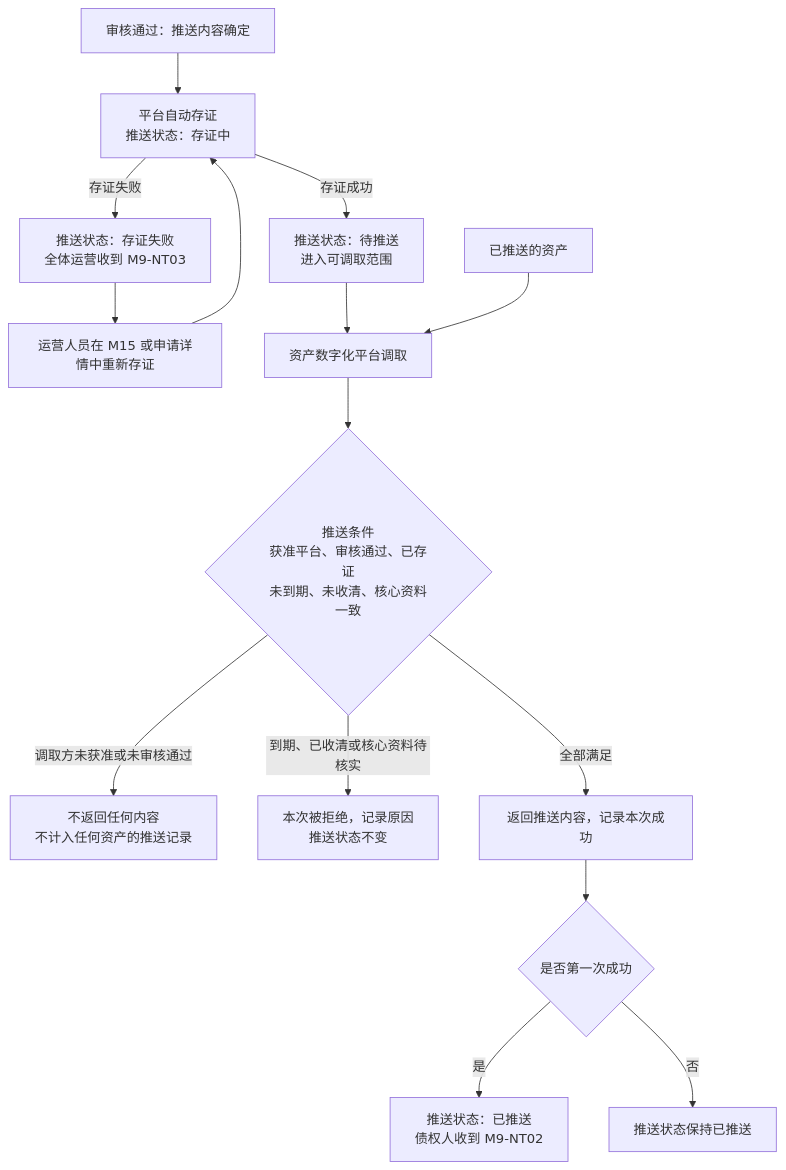
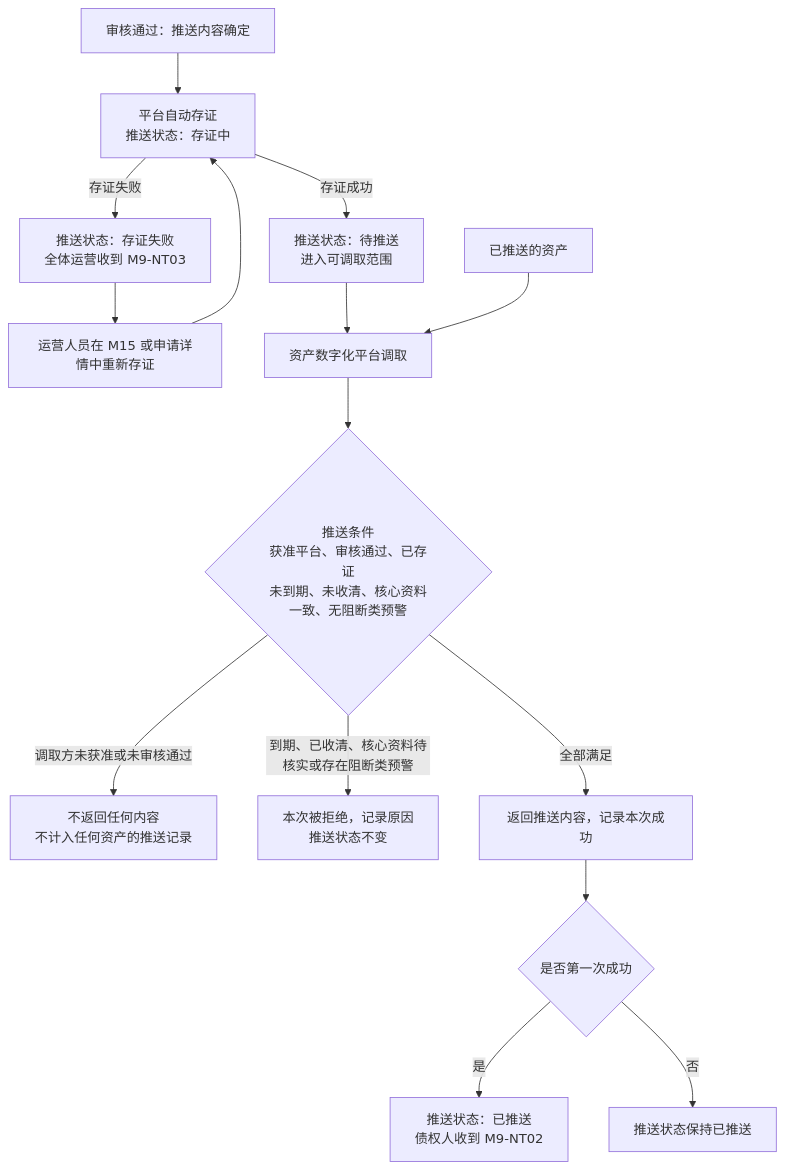
Before and after one commit to wxblockchain/Chain-Financing: the third of 5 diagrams in asset-trust-platform/PRD/运营端/M9-运营审核与资产推送/02-运营审核与资产推送-流程图与状态机.md, drawn with Mermaid. The commit also changed other lines of this file and 16 other files, not shown here.

````diff
--- a/asset-trust-platform/PRD/运营端/M9-运营审核与资产推送/02-运营审核与资产推送-流程图与状态机.md
+++ b/asset-trust-platform/PRD/运营端/M9-运营审核与资产推送/02-运营审核与资产推送-流程图与状态机.md
@@ -63,17 +64,17 @@
 ```mermaid
 flowchart TD
     A[审核通过：推送内容确定] --> B[平台自动存证<br/>推送状态：存证中]
     B -->|存证成功| C[推送状态：待推送<br/>进入可调取范围]
     B -->|存证失败| X[推送状态：存证失败<br/>全体运营收到 M9-NT03]
     X --> R[运营人员在 M15 或申请详情中重新存证]
     R --> B
     C --> Q[资产数字化平台调取]
     P[已推送的资产] --> Q
-    Q --> J{推送条件<br/>获准平台、审核通过、已存证<br/>未到期、未收清、核心资料一致}
+    Q --> J{推送条件<br/>获准平台、审核通过、已存证<br/>未到期、未收清、核心资料一致、无阻断类预警}
     J -->|调取方未获准或未审核通过| N0[不返回任何内容<br/>不计入任何资产的推送记录]
-    J -->|到期、已收清或核心资料待核实| N1[本次被拒绝，记录原因<br/>推送状态不变]
+    J -->|到期、已收清、核心资料待核实或存在阻断类预警| N1[本次被拒绝，记录原因<br/>推送状态不变]
     J -->|全部满足| OK[返回推送内容，记录本次成功]
     OK --> F{是否第一次成功}
     F -->|是| S[推送状态：已推送<br/>债权人收到 M9-NT02]
     F -->|否| K[推送状态保持已推送]
 ```
````
